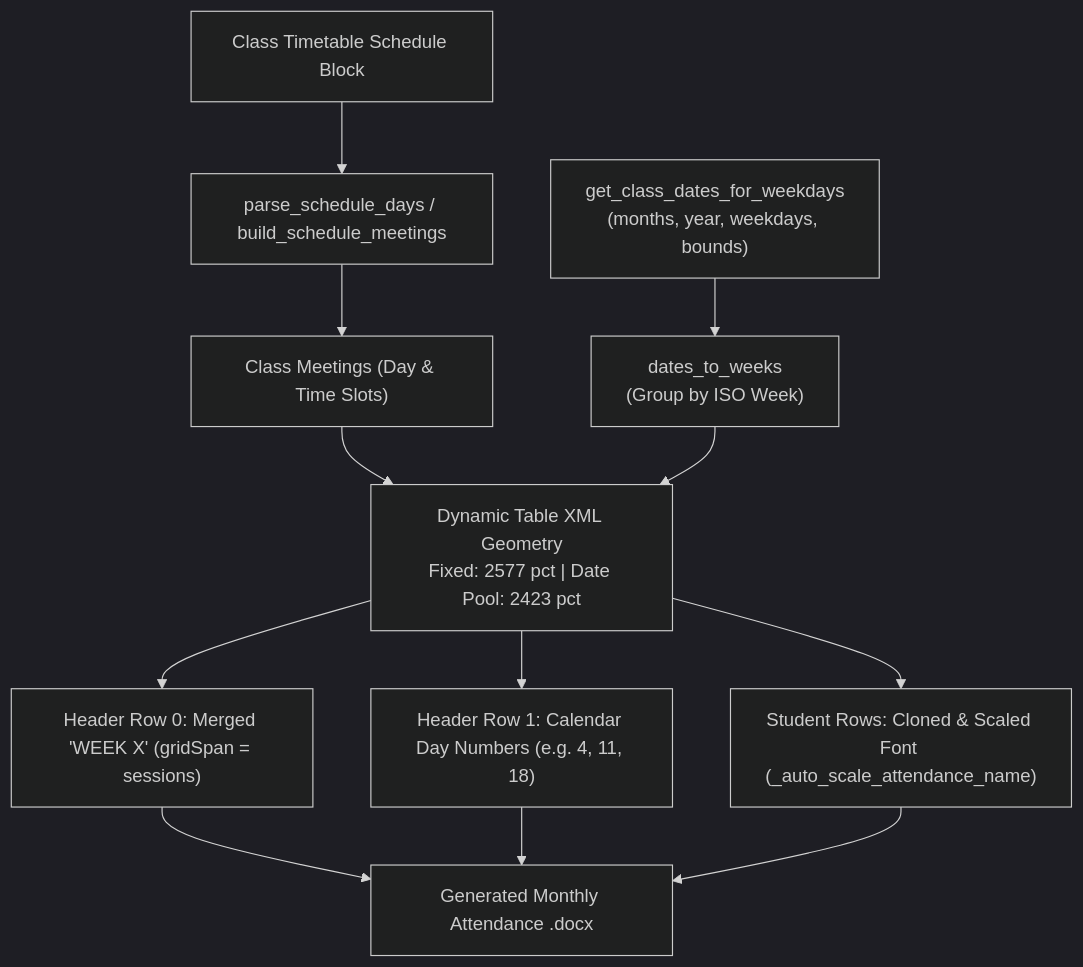
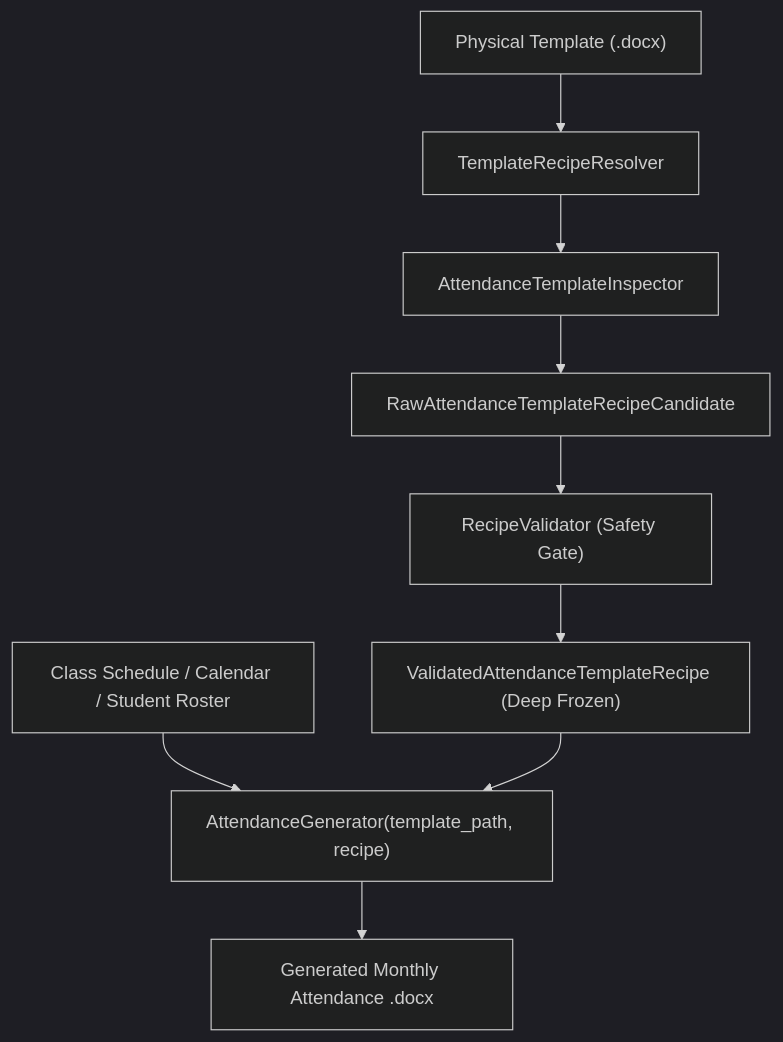
One commit to DrinkBoooz/cvsu-generator_documentation changed the diagram in 02 - Generators/Attendance Generator.md. Above: the diagram before and after it, drawn with Mermaid (dark theme). The commit also changed other lines of this file and 3 other files, not shown here.

Commit message:
25: synchronize obsidian vault with authoritative attendance recipe architecture

````diff
--- a/02 - Generators/Attendance Generator.md
+++ b/02 - Generators/Attendance Generator.md
@@ -52,18 +42,12 @@
 ```mermaid
-graph TD
-    Sched["Class Timetable Schedule Block"] --> SchedParser["parse_schedule_days / build_schedule_meetings"]
-    SchedParser --> Meet["Class Meetings (Day & Time Slots)"]
-
-    Dates["get_class_dates_for_weekdays<br>(months, year, weekdays, bounds)"] --> WeekGrp["dates_to_weeks<br>(Group by ISO Week)"]
-
-    Meet --> GridCalc["Dynamic Table XML Geometry<br>Fixed: 2577 pct | Date Pool: 2423 pct"]
-    WeekGrp --> GridCalc
-
-    GridCalc --> Row0["Header Row 0: Merged 'WEEK X' (gridSpan = sessions)"]
-    GridCalc --> Row1["Header Row 1: Calendar Day Numbers (e.g. 4, 11, 18)"]
-    GridCalc --> Row2["Student Rows: Cloned & Scaled Font (_auto_scale_attendance_name)"]
-
-    Row0 --> OutputDoc["Generated Monthly Attendance .docx"]
-    Row1 --> OutputDoc
-    Row2 --> OutputDoc
+flowchart TD
+    TMPL["Physical Template (.docx)"] --> RESOLVER["TemplateRecipeResolver"]
+    RESOLVER --> INSP["AttendanceTemplateInspector"]
+    INSP --> CAND["RawAttendanceTemplateRecipeCandidate"]
+    CAND --> VALID["RecipeValidator (Safety Gate)"]
+    VALID --> RECIPE["ValidatedAttendanceTemplateRecipe (Deep Frozen)"]
+    
+    DATA["Class Schedule / Calendar / Student Roster"] --> ATTGEN["AttendanceGenerator(template_path, recipe)"]
+    RECIPE --> ATTGEN
+    ATTGEN --> OUTPUT["Generated Monthly Attendance .docx"]
 ```
````
